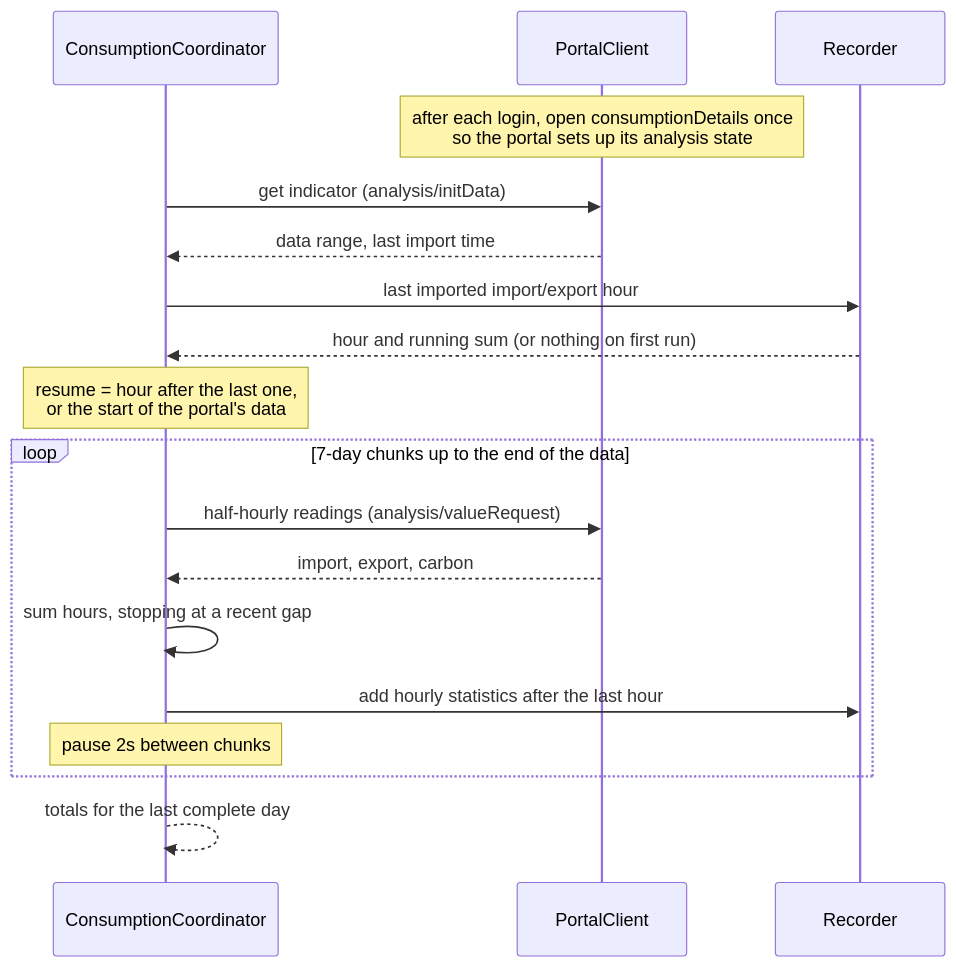
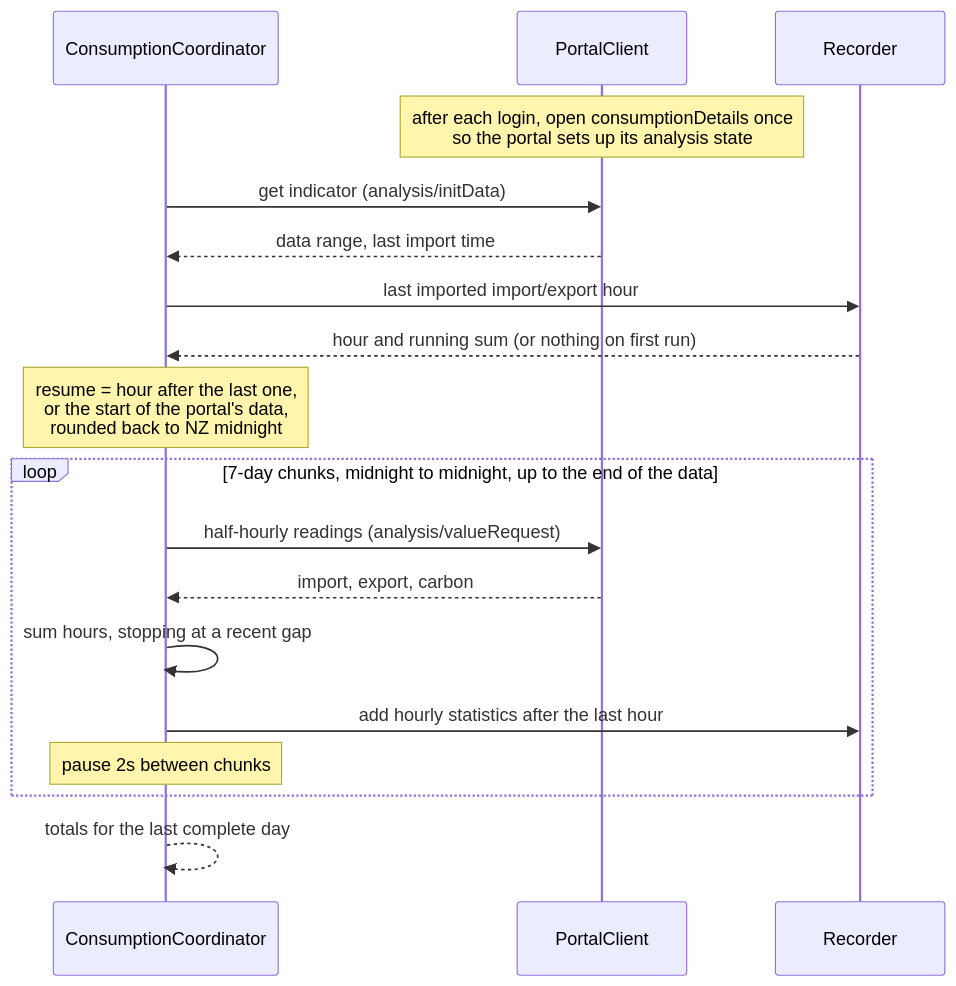
Before and after one commit to rhyskoedijk/ha-ecotricity-nz: the third of 4 diagrams in docs/architecture.md, drawn with Mermaid. The commit also changed other lines of this file and 9 other files, not shown here.

````diff
--- a/docs/architecture.md
+++ b/docs/architecture.md
@@ -107,21 +107,21 @@
 ```mermaid
 sequenceDiagram
     participant C as ConsumptionCoordinator
     participant P as PortalClient
     participant R as Recorder
 
     Note over P: after each login, open consumptionDetails once<br/>so the portal sets up its analysis state
     C->>P: get indicator (analysis/initData)
     P-->>C: data range, last import time
     C->>R: last imported import/export hour
     R-->>C: hour and running sum (or nothing on first run)
-    Note over C: resume = hour after the last one,<br/>or the start of the portal's data
-    loop 7-day chunks up to the end of the data
+    Note over C: resume = hour after the last one,<br/>or the start of the portal's data,<br/>rounded back to NZ midnight
+    loop 7-day chunks, midnight to midnight, up to the end of the data
         C->>P: half-hourly readings (analysis/valueRequest)
         P-->>C: import, export, carbon
         C->>C: sum hours, stopping at a recent gap
         C->>R: add hourly statistics after the last hour
         Note over C: pause 2s between chunks
     end
     C-->>C: totals for the last complete day
 ```
````
